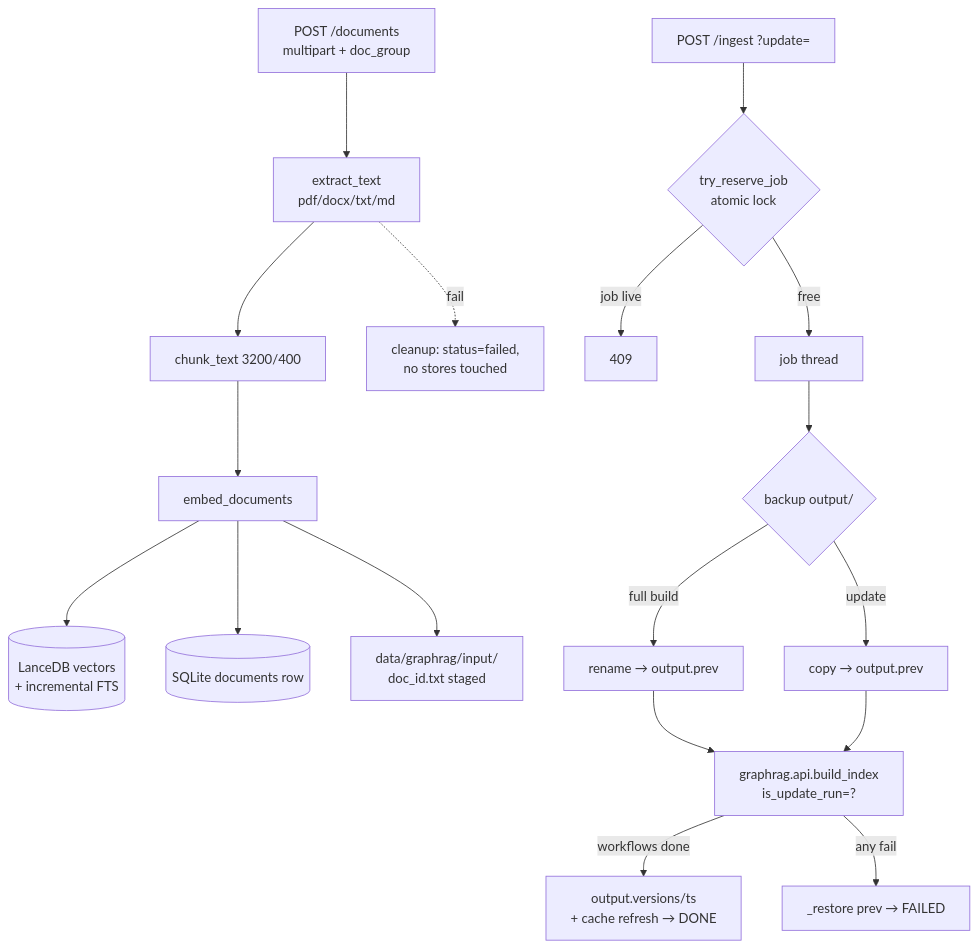
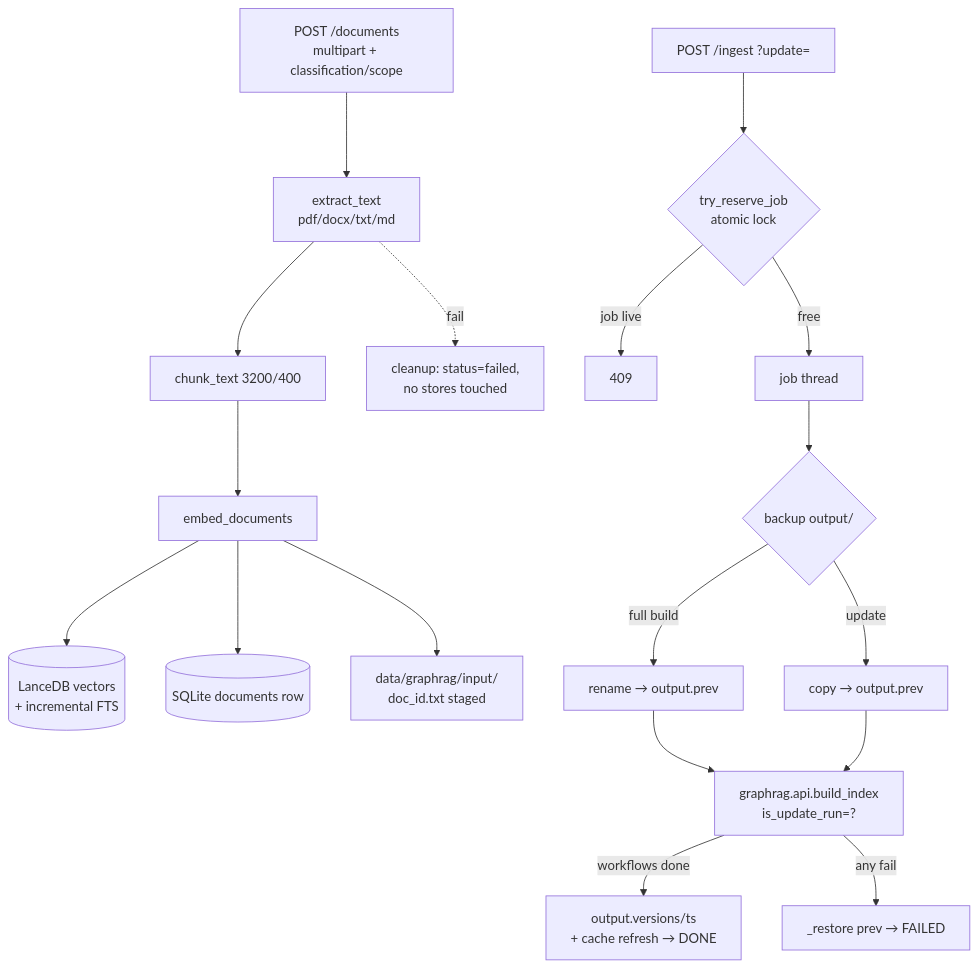
One commit to VenkateshwaraD/graphRAG changed the third of 3 diagrams in docs/GUIDE.md. Above: the diagram before and after it, drawn with Mermaid. The commit also changed other lines of this file and 37 other files, not shown here.

First line of the commit message:
Add multi-tenant RBAC/ABAC with strict graph provenance and migrations

````diff
--- a/docs/GUIDE.md
+++ b/docs/GUIDE.md
@@ -85,19 +85,19 @@
 ```mermaid
 flowchart TB
-    UP[POST /documents<br/>multipart + doc_group] --> EX[extract_text<br/>pdf/docx/txt/md]
+    UP[POST /documents<br/>multipart + classification/scope] --> EX[extract_text<br/>pdf/docx/txt/md]
     EX --> CH[chunk_text 3200/400] --> EM[embed_documents]
     EM --> LC[(LanceDB vectors<br/>+ incremental FTS)]
     EM --> SQ[(SQLite documents row)]
     EM --> ST[data/graphrag/input/<br/>doc_id.txt staged]
     EX -.fail.-> CL[cleanup: status=failed,<br/>no stores touched]
 
     IN[POST /ingest ?update=] --> RS{try_reserve_job<br/>atomic lock}
     RS -->|job live| C409[409]
     RS -->|free| JB[job thread]
     JB --> BK{backup output/}
     BK -->|full build| RN[rename → output.prev]
     BK -->|update| CP[copy → output.prev]
     RN & CP --> BI["graphrag.api.build_index<br/>is_update_run=?"]
     BI -->|workflows done| AV[output.versions/ts<br/>+ cache refresh → DONE]
     BI -->|any fail| RB[_restore prev → FAILED]
 ```
````
